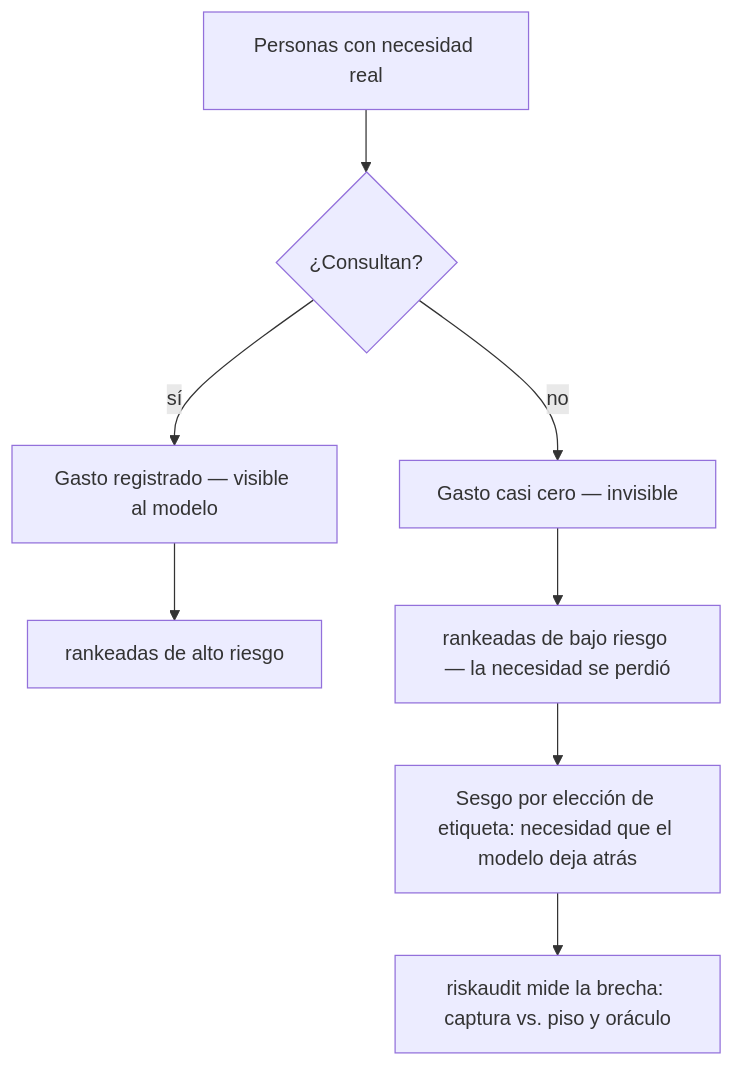
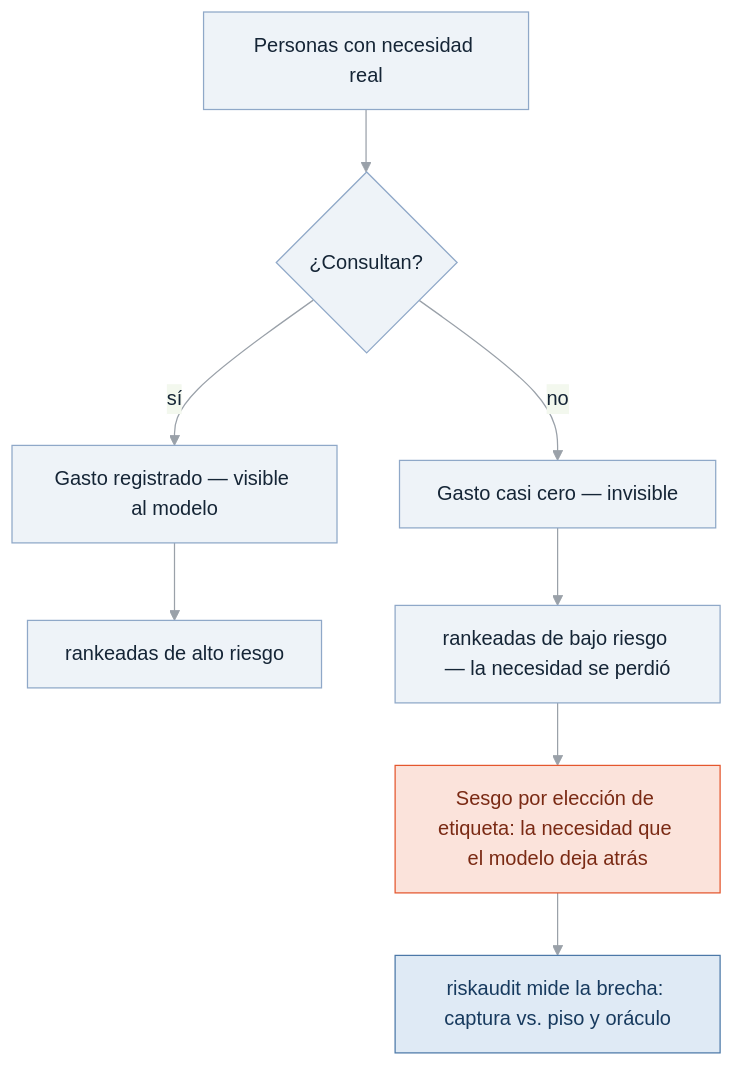
Before and after one commit to CProromant/risk-equity-audit: the third of 4 diagrams in README.md, drawn with Mermaid. The commit also changed other lines of this file, not shown here.

````diff
--- a/README.md
+++ b/README.md
@@ -222,10 +197,15 @@
 ```mermaid
+%%{init: {'theme':'base','themeVariables':{'primaryColor':'#eef3f8','primaryBorderColor':'#8fa8c8','primaryTextColor':'#152536','lineColor':'#9aa1a9'}}}%%
 flowchart TD
     N["Personas con necesidad real"] --> Q{"¿Consultan?"}
     Q -->|sí| V["Gasto registrado — visible al modelo"]
     Q -->|no| H["Gasto casi cero — invisible"]
     V --> HI["rankeadas de alto riesgo"]
     H --> LO["rankeadas de bajo riesgo — la necesidad se perdió"]
-    LO --> B["Sesgo por elección de etiqueta: necesidad que el modelo deja atrás"]
+    LO --> B["Sesgo por elección de etiqueta: la necesidad que el modelo deja atrás"]
     B --> R["riskaudit mide la brecha: captura vs. piso y oráculo"]
+    classDef bias fill:#fbe3db,stroke:#E4572E,color:#7a2a14;
+    classDef tool fill:#dfeaf5,stroke:#4C78A8,color:#173a5e;
+    class B bias
+    class R tool
 ```
````
